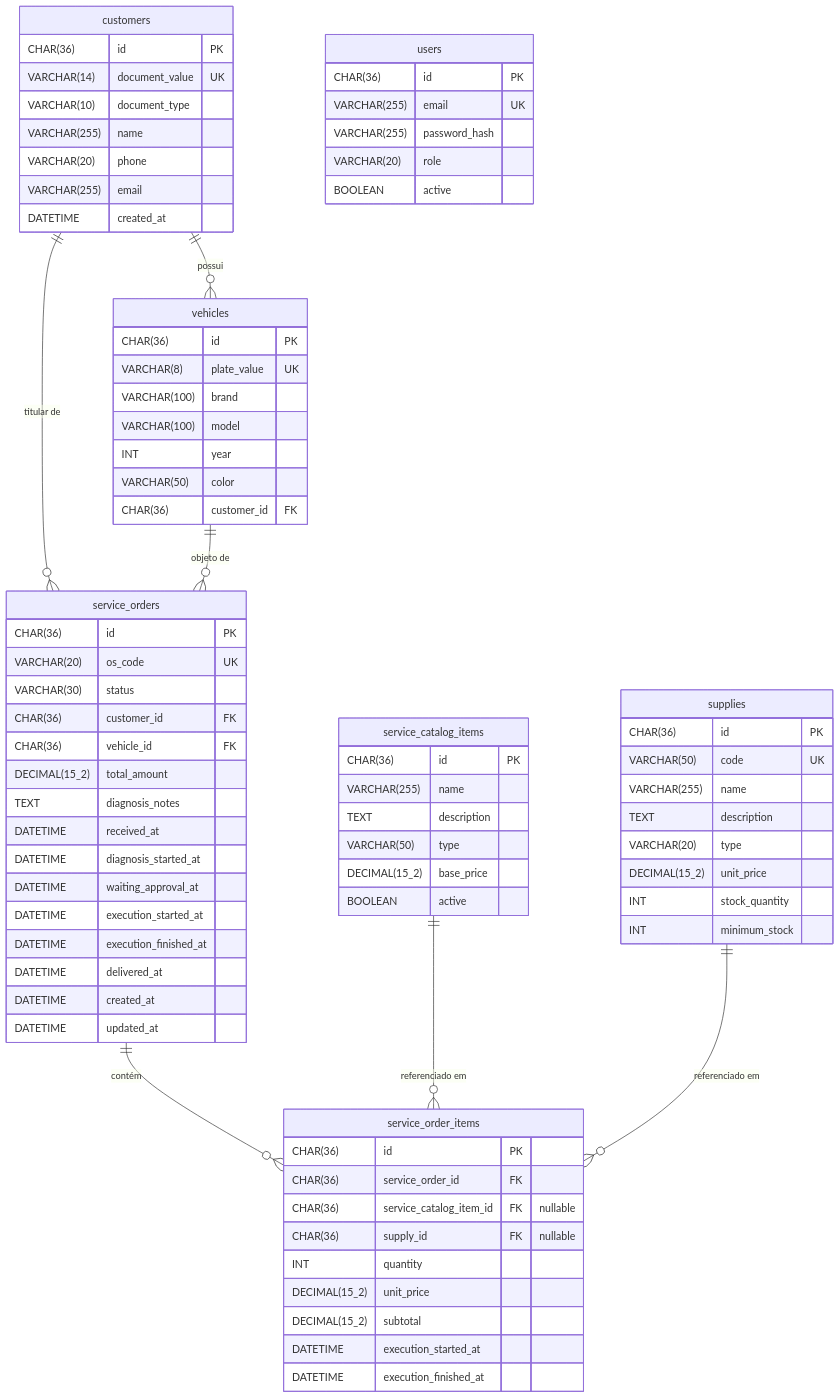
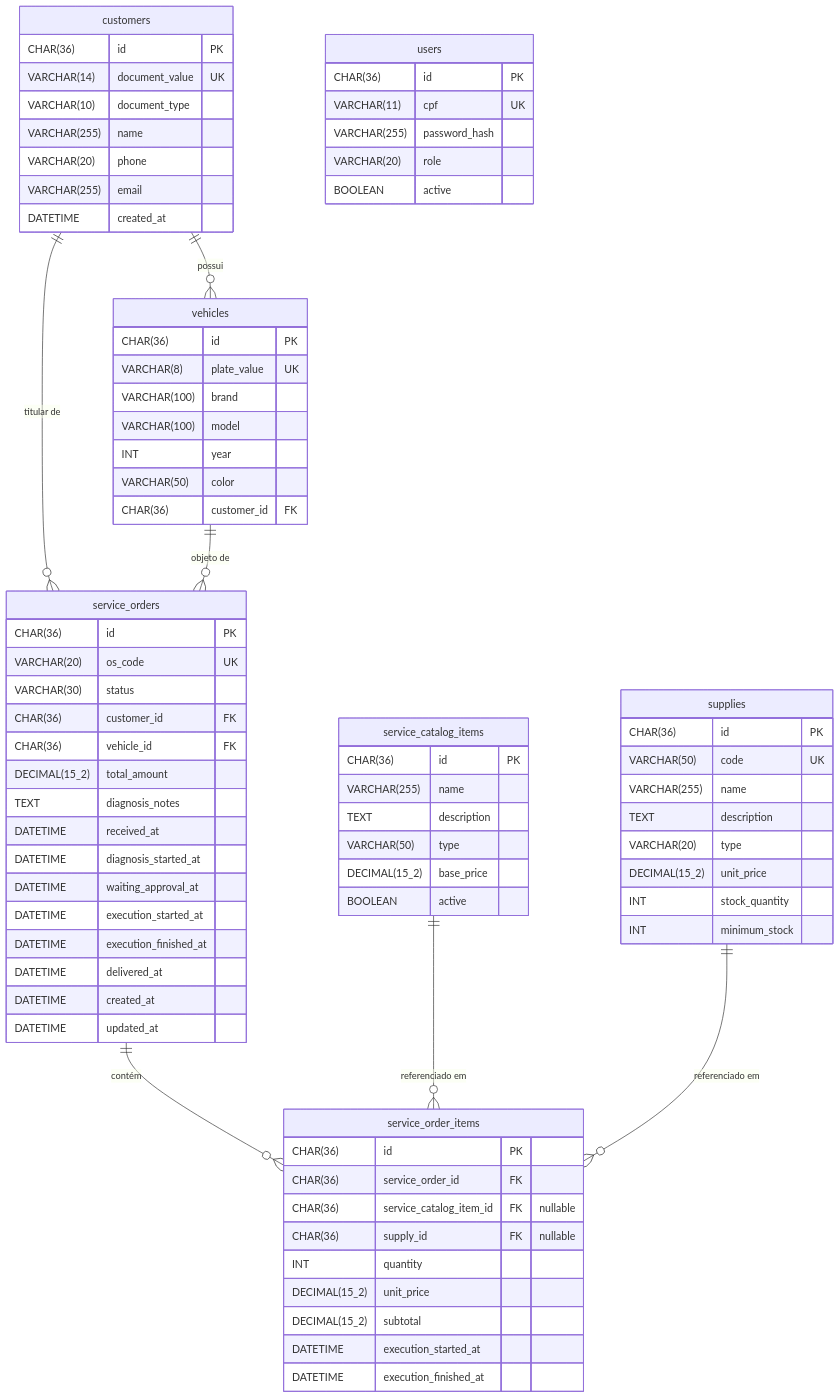
The second of 2 diagrams in README.md (Adriana-Meyer/fiap-tech-challenge-pos-tech), drawn with Mermaid before and after one commit. The commit also changed other lines of this file and 20 other files, not shown here.

```diff
--- a/README.md
+++ b/README.md
@@ -349,7 +358,7 @@
 
     users {
         CHAR(36)      id            PK
-        VARCHAR(255)  email         UK
+        VARCHAR(11)   cpf           UK
         VARCHAR(255)  password_hash
         VARCHAR(20)   role
         BOOLEAN       active
```
